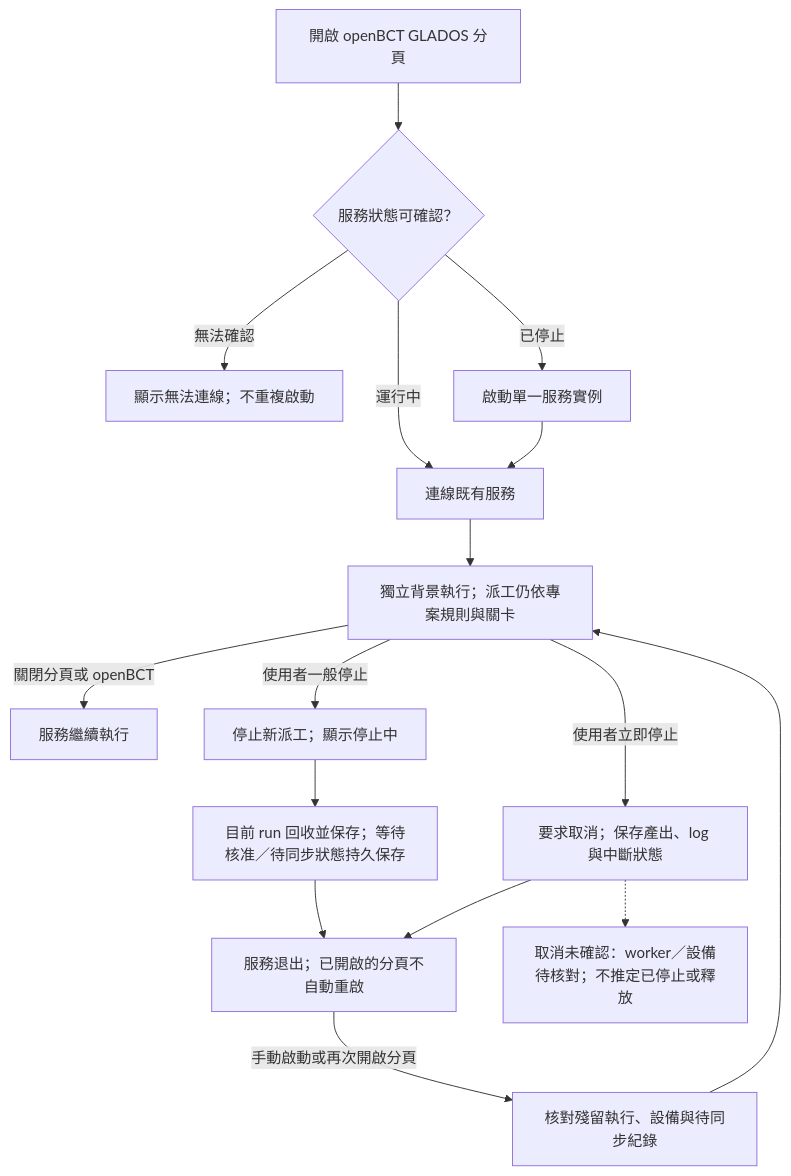
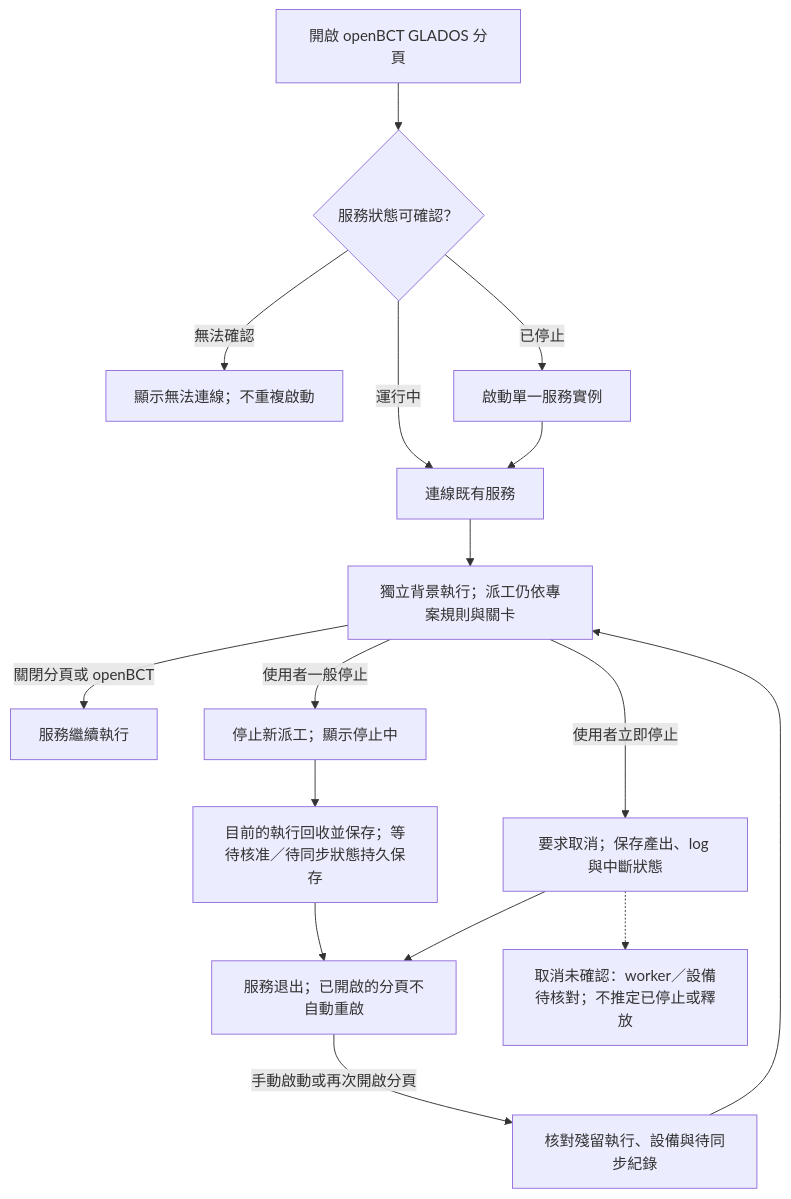
Before and after one commit to kevintsou/glados: the diagram in diagrams/glados_service_lifecycle.mmd, drawn with Mermaid. The commit also changed 34 other files, not shown here.

```diff
--- a/diagrams/glados_service_lifecycle.mmd
+++ b/diagrams/glados_service_lifecycle.mmd
@@ -1,16 +1,16 @@
 flowchart TD
   OPEN["開啟 openBCT GLADOS 分頁"] --> CHECK{"服務狀態可確認？"}
   CHECK -->|無法確認| UNKNOWN["顯示無法連線；不重複啟動"]
   CHECK -->|已停止| START["啟動單一服務實例"]
   CHECK -->|運行中| CONNECT["連線既有服務"]
   START --> CONNECT
   CONNECT --> RUN["獨立背景執行；派工仍依專案規則與關卡"]
   RUN -->|關閉分頁或 openBCT| BACKGROUND["服務繼續執行"]
   RUN -->|使用者一般停止| DRAIN["停止新派工；顯示停止中"]
-  DRAIN --> SAVE["目前 run 回收並保存；等待核准／待同步狀態持久保存"]
+  DRAIN --> SAVE["目前的執行回收並保存；等待核准／待同步狀態持久保存"]
   RUN -->|使用者立即停止| CANCEL["要求取消；保存產出、log 與中斷狀態"]
   SAVE --> STOP["服務退出；已開啟的分頁不自動重啟"]
   CANCEL --> STOP
   STOP -->|手動啟動或再次開啟分頁| RECOVER["核對殘留執行、設備與待同步紀錄"]
   RECOVER --> RUN
   CANCEL -.-> UNCONFIRMED["取消未確認：worker／設備待核對；不推定已停止或釋放"]
```
